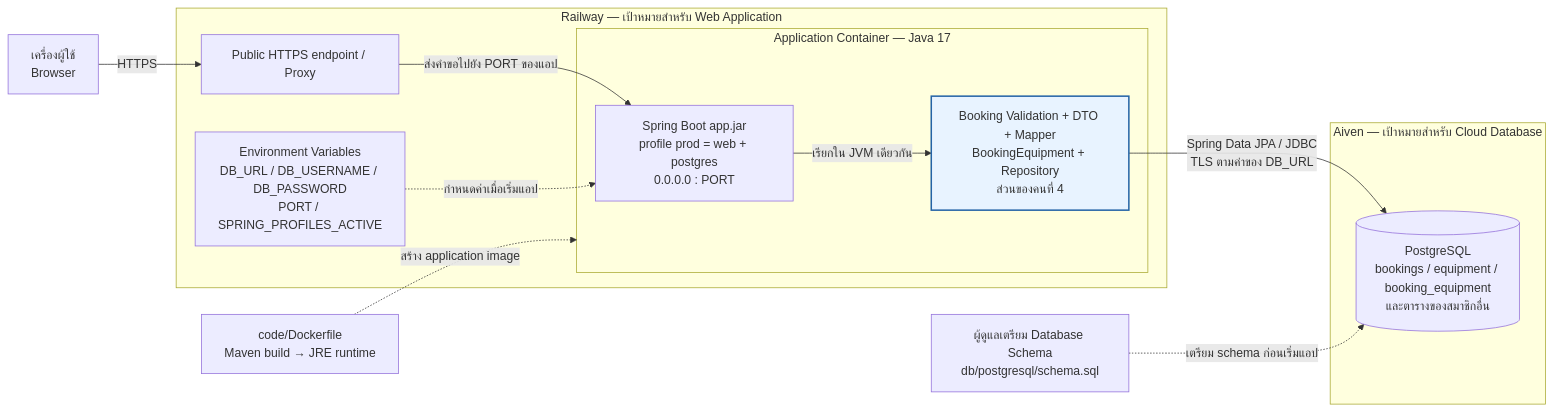
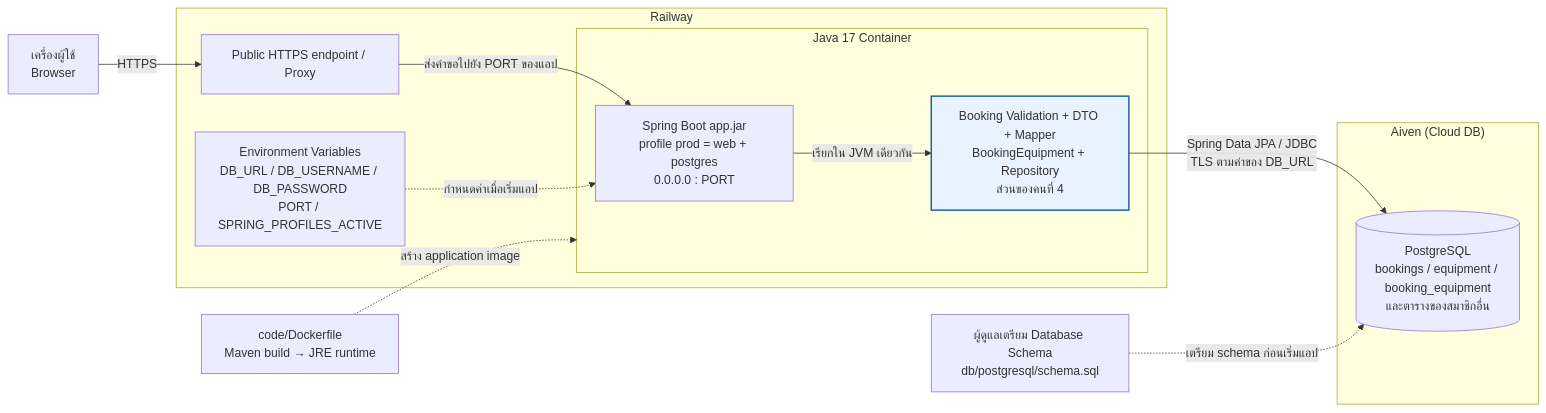
One commit to BRHansol/Co-Working-Space-Equipment-Rental changed the second of 2 diagrams in doc/diagrams/nuttachai_673380581-8_04/06-component-and-deployment.md. Above: the diagram before and after it, drawn with Mermaid. The commit also changed other lines of this file, not shown here.

````diff
--- a/doc/diagrams/nuttachai_673380581-8_04/06-component-and-deployment.md
+++ b/doc/diagrams/nuttachai_673380581-8_04/06-component-and-deployment.md
@@ -64,31 +63,31 @@
 ```mermaid
 flowchart LR
     Browser["เครื่องผู้ใช้<br/>Browser"]
 
-    subgraph Railway["Railway — เป้าหมายสำหรับ Web Application"]
+    subgraph Railway["Railway"]
         Edge["Public HTTPS endpoint / Proxy"]
-        subgraph Container["Application Container — Java 17"]
+        subgraph Container["Java 17 Container"]
             Boot["Spring Boot app.jar<br/>profile prod = web + postgres<br/>0.0.0.0 : PORT"]
             Module["Booking Validation + DTO + Mapper<br/>BookingEquipment + Repository<br/>ส่วนของคนที่ 4"]
         end
         Vars["Environment Variables<br/>DB_URL / DB_USERNAME / DB_PASSWORD<br/>PORT / SPRING_PROFILES_ACTIVE"]
     end
 
-    subgraph Aiven["Aiven — เป้าหมายสำหรับ Cloud Database"]
+    subgraph Aiven["Aiven (Cloud DB)"]
         PG[("PostgreSQL<br/>bookings / equipment / booking_equipment<br/>และตารางของสมาชิกอื่น")]
     end
 
     Docker["code/Dockerfile<br/>Maven build → JRE runtime"]
     Schema["ผู้ดูแลเตรียม Database Schema<br/>db/postgresql/schema.sql"]
 
     Browser -->|HTTPS| Edge
     Edge -->|ส่งคำขอไปยัง PORT ของแอป| Boot
     Docker -.->|สร้าง application image| Container
     Vars -.->|กำหนดค่าเมื่อเริ่มแอป| Boot
     Boot -->|เรียกใน JVM เดียวกัน| Module
     Module -->|Spring Data JPA / JDBC<br/>TLS ตามค่าของ DB_URL| PG
     Schema -.->|เตรียม schema ก่อนเริ่มแอป| PG
 
     classDef owned fill:#E8F3FF,stroke:#2463A6,stroke-width:2px;
     class Module owned;
 ```
````
